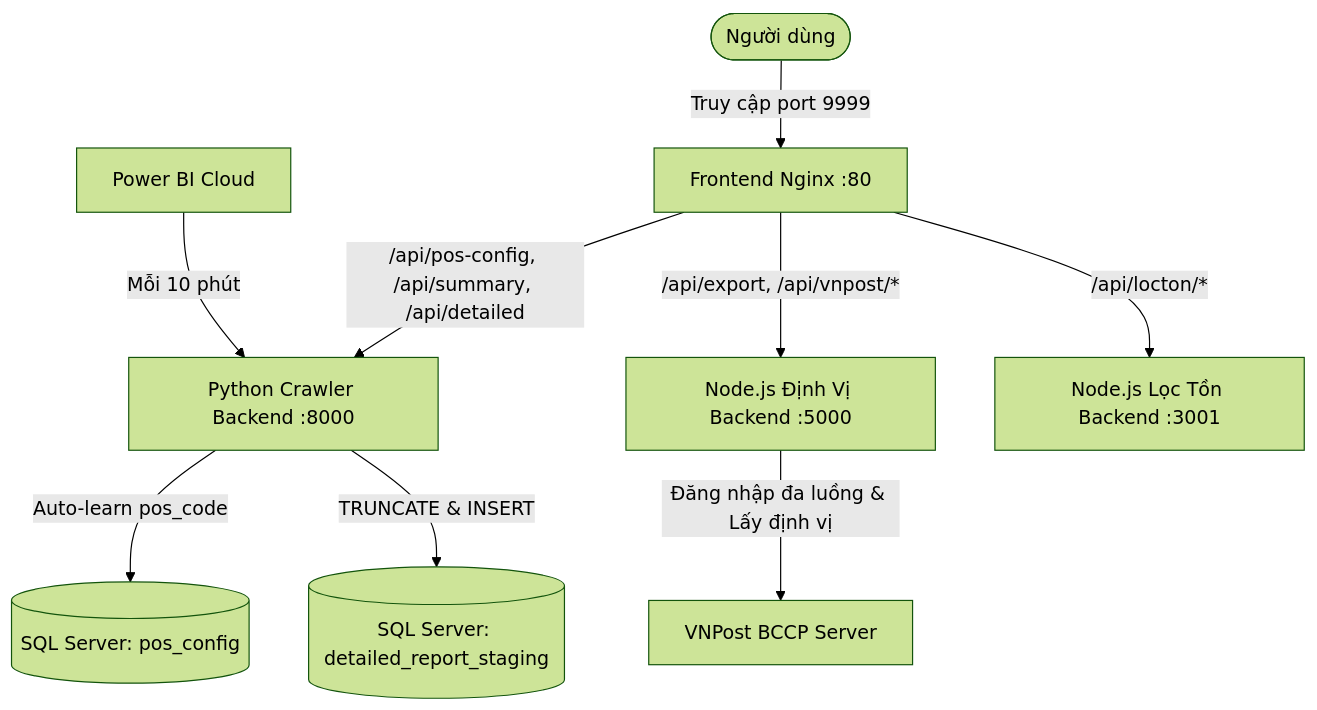
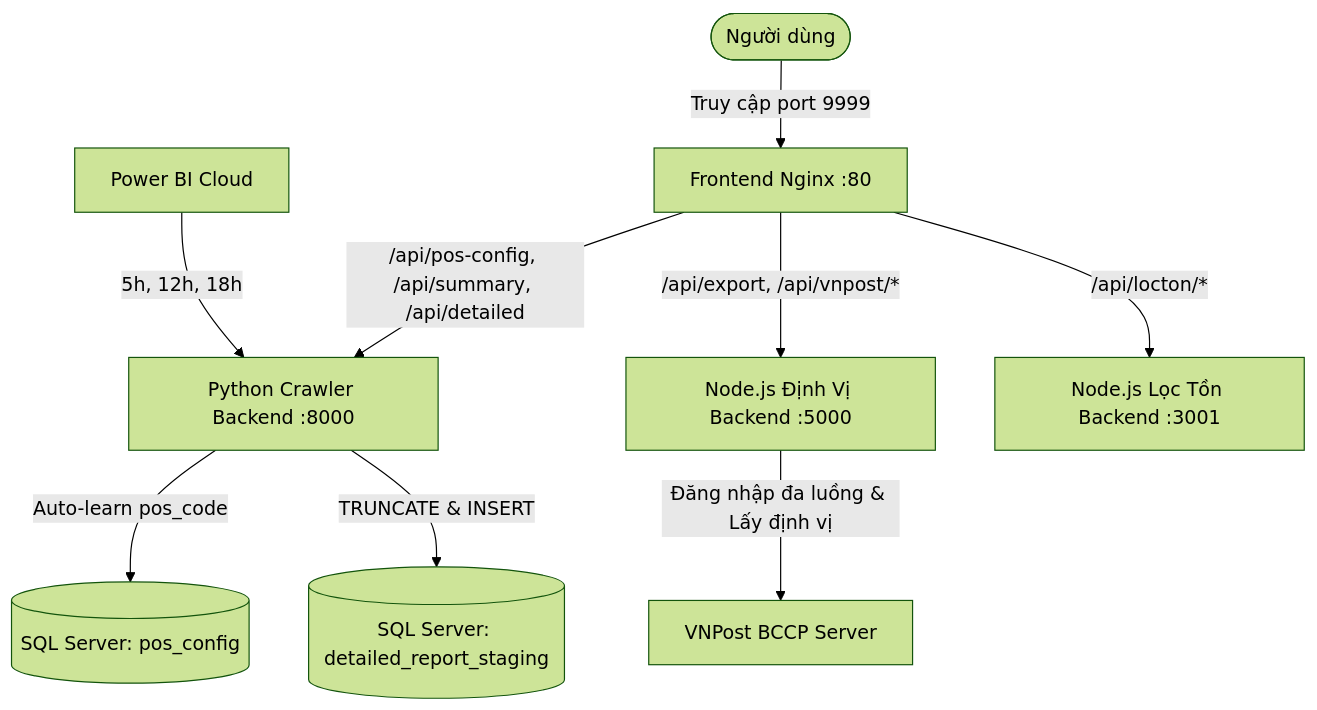
The diagram in README.md (Dong071102/tools-bdld-vnp), drawn with Mermaid (forest theme) before and after one commit. The commit also changed other lines of this file and 1 other file, not shown here.

Commit message:
fix(crawler): doi lich trinh crawl thanh 5h sang, 12h trua va 18h toi

````diff
--- a/README.md
+++ b/README.md
@@ -94,13 +94,13 @@
 ```mermaid
 flowchart TD
-    PBI[Power BI Cloud] -->|Mỗi 10 phút| CRW[Python Crawler Backend :8000]
+    PBI[Power BI Cloud] -->|5h, 12h, 18h| CRW[Python Crawler Backend :8000]
     CRW -->|Auto-learn pos_code| PCFG[(SQL Server: pos_config)]
     CRW -->|TRUNCATE & INSERT| STG[(SQL Server: detailed_report_staging)]
     
     USER([Người dùng]) -->|Truy cập port 9999| NGINX[Frontend Nginx :80]
     NGINX -->|/api/pos-config, /api/summary, /api/detailed| CRW
     NGINX -->|/api/export, /api/vnpost/*| DVI[Node.js Định Vị Backend :5000]
     NGINX -->|/api/locton/*| LCT[Node.js Lọc Tồn Backend :3001]
     
     DVI -->|Đăng nhập đa luồng & Lấy định vị| BCCP[VNPost BCCP Server]
 ```
````
